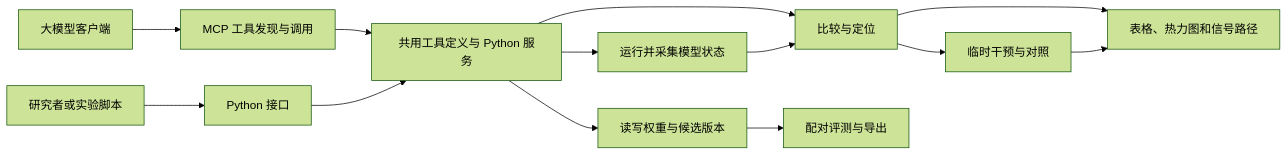
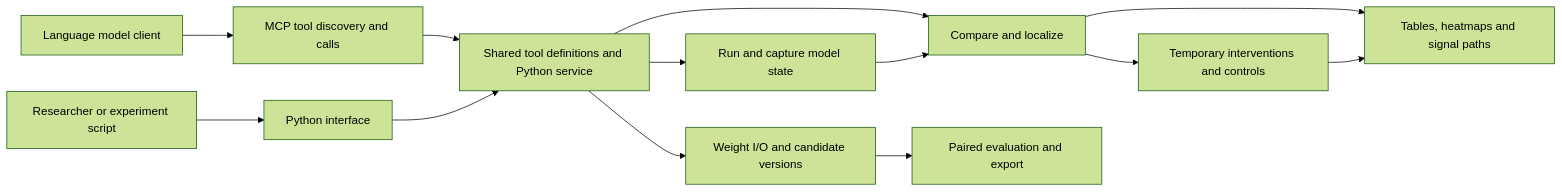
Before and after one commit to ZeroTang05/WSP-toolkit: the diagram in docs/tool-design.md, drawn with Mermaid (forest theme). The commit also changed other lines of this file and 114 other files, not shown here.

````diff
--- a/docs/tool-design.md
+++ b/docs/tool-design.md
@@ -13,15 +13,15 @@
 ```mermaid
 flowchart LR
-    Agent[大模型客户端] --> MCP[MCP 工具发现与调用]
-    Researcher[研究者或实验脚本] --> Python[Python 接口]
-    MCP --> API[共用工具定义与 Python 服务]
+    Agent[Language model client] --> MCP[MCP tool discovery and calls]
+    Researcher[Researcher or experiment script] --> Python[Python interface]
+    MCP --> API[Shared tool definitions and Python service]
     Python --> API
-    API --> Observe[运行并采集模型状态]
-    API --> Analyze[比较与定位]
+    API --> Observe[Run and capture model state]
+    API --> Analyze[Compare and localize]
     Observe --> Analyze
-    Analyze --> Evidence[表格、热力图和信号路径]
-    Analyze --> Intervene[临时干预与对照]
+    Analyze --> Evidence[Tables, heatmaps and signal paths]
+    Analyze --> Intervene[Temporary interventions and controls]
     Intervene --> Evidence
-    API --> Edit[读写权重与候选版本]
-    Edit --> Eval[配对评测与导出]
+    API --> Edit[Weight I/O and candidate versions]
+    Edit --> Eval[Paired evaluation and export]
 ```
````
